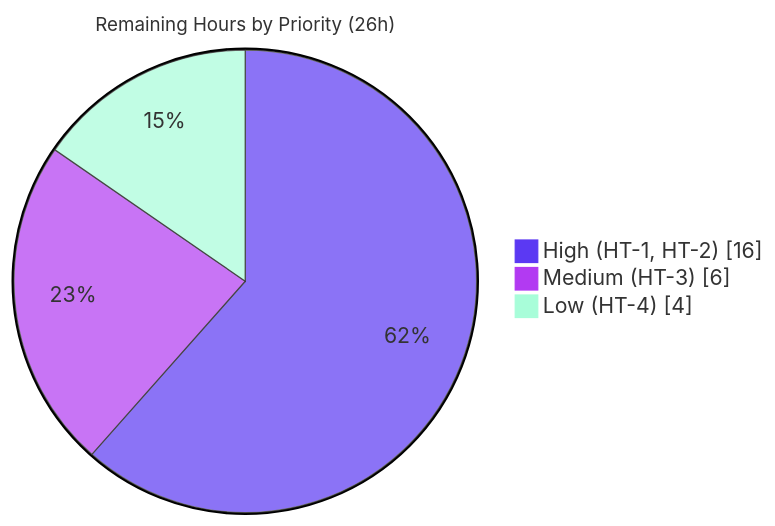
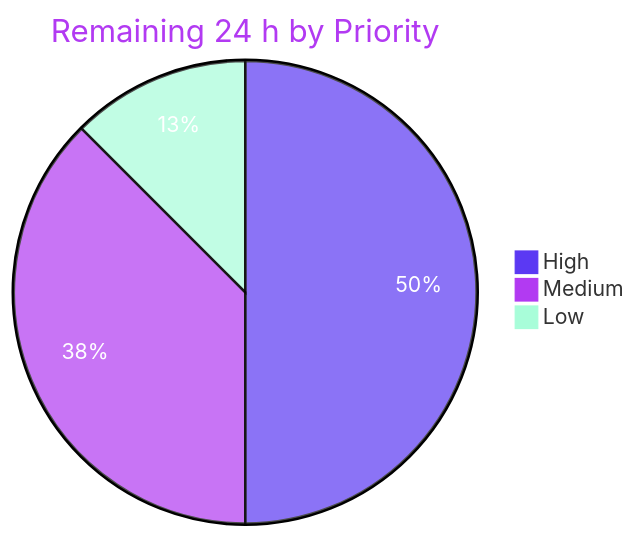
The third of 3 diagrams in blitzy/documentation/Project Guide.md (blitzy-public-samples/ardupilot-blitzy), drawn with Mermaid before and after one commit. The commit also changed other lines of this file, not shown here.

Commit message:
Adding Blitzy Project Guide: Project Status and Human Tasks Remaining

````diff
--- a/blitzy/documentation/Project Guide.md
+++ b/blitzy/documentation/Project Guide.md
@@ -296,7 +315,7 @@
 ```mermaid
-%%{init: {'theme':'base','themeVariables':{'pie1':'#5B39F3','pie2':'#B23AF2','pie3':'#A8FDD9','pieStrokeColor':'#333333','pieStrokeWidth':'1px','pieTitleTextSize':'15px'}}}%%
-pie showData title Remaining Hours by Priority (26h)
-    "High (HT-1, HT-2)" : 16
-    "Medium (HT-3)" : 6
-    "Low (HT-4)" : 4
+%%{init: {'theme':'base','themeVariables':{'pie1':'#5B39F3','pie2':'#B23AF2','pie3':'#A8FDD9','pieSectionTextColor':'#FFFFFF','pieTitleTextColor':'#B23AF2','pieLegendTextColor':'#333333'}}}%%
+pie title Remaining 24 h by Priority
+    "High" : 12
+    "Medium" : 9
+    "Low" : 3
 ```
````
